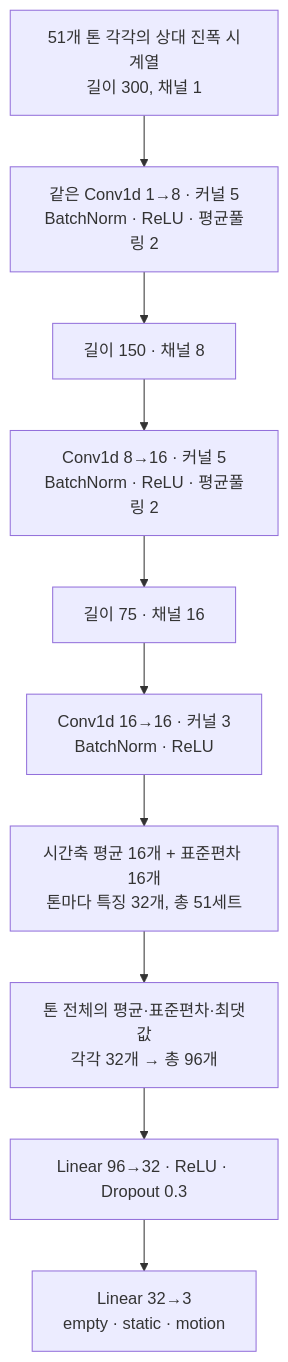
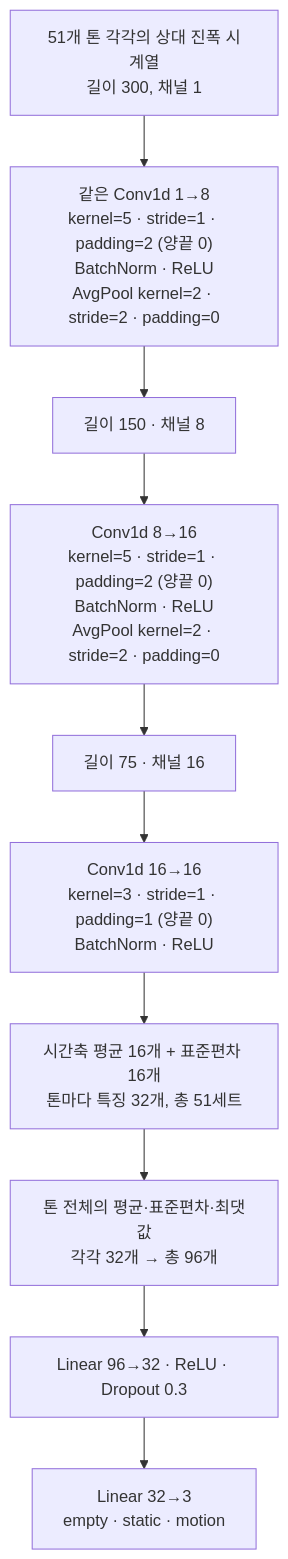
One commit to YuSungyeon/Wifi_esp32 changed the third of 5 diagrams in model_train/docs/model-training/robust-three-class-pipeline.md. Above: the diagram before and after it, drawn with Mermaid. The commit also changed other lines of this file and 49 other files, not shown here.

````diff
--- a/model_train/docs/model-training/robust-three-class-pipeline.md
+++ b/model_train/docs/model-training/robust-three-class-pipeline.md
@@ -87,12 +89,12 @@
 ```mermaid
 flowchart TD
-    A["51개 톤 각각의 상대 진폭 시계열<br/>길이 300, 채널 1"] --> B["같은 Conv1d 1→8 · 커널 5<br/>BatchNorm · ReLU · 평균풀링 2"]
+    A["51개 톤 각각의 상대 진폭 시계열<br/>길이 300, 채널 1"] --> B["같은 Conv1d 1→8<br/>kernel=5 · stride=1 · padding=2 (양끝 0)<br/>BatchNorm · ReLU<br/>AvgPool kernel=2 · stride=2 · padding=0"]
     B --> C["길이 150 · 채널 8"]
-    C --> D["Conv1d 8→16 · 커널 5<br/>BatchNorm · ReLU · 평균풀링 2"]
+    C --> D["Conv1d 8→16<br/>kernel=5 · stride=1 · padding=2 (양끝 0)<br/>BatchNorm · ReLU<br/>AvgPool kernel=2 · stride=2 · padding=0"]
     D --> E["길이 75 · 채널 16"]
-    E --> F["Conv1d 16→16 · 커널 3<br/>BatchNorm · ReLU"]
+    E --> F["Conv1d 16→16<br/>kernel=3 · stride=1 · padding=1 (양끝 0)<br/>BatchNorm · ReLU"]
     F --> G["시간축 평균 16개 + 표준편차 16개<br/>톤마다 특징 32개, 총 51세트"]
     G --> I["톤 전체의 평균·표준편차·최댓값<br/>각각 32개 → 총 96개"]
     I --> J["Linear 96→32 · ReLU · Dropout 0.3"]
     J --> K["Linear 32→3<br/>empty · static · motion"]
 ```
````
